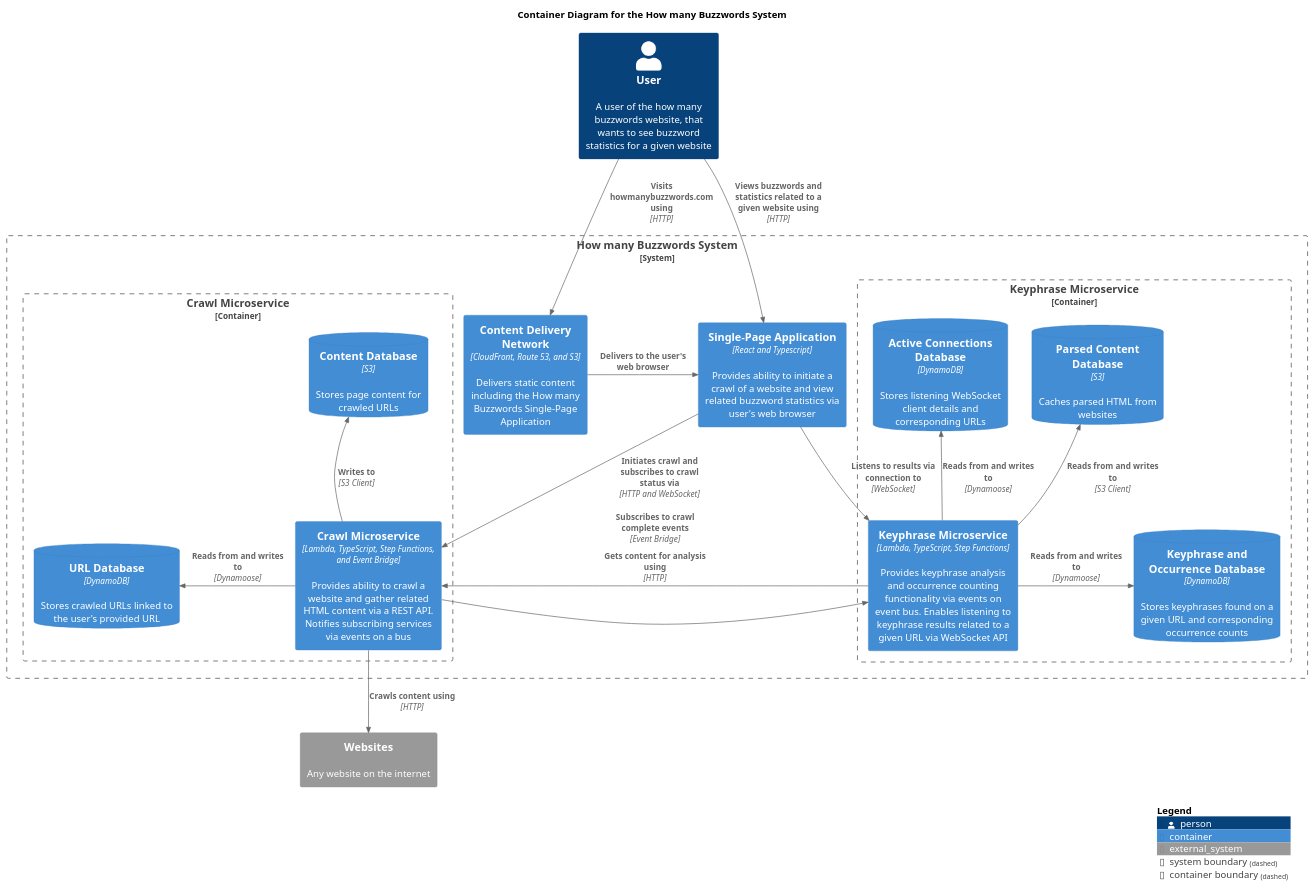
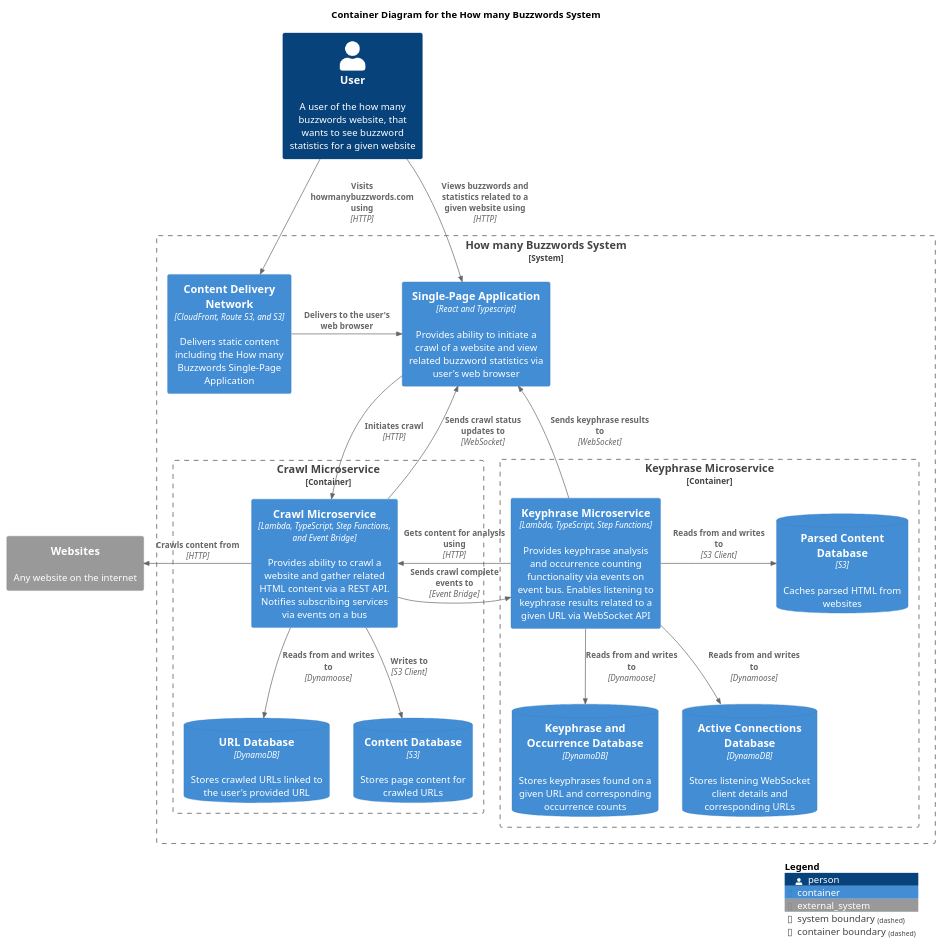
One commit to ashley-evans/how-many-buzzwords changed the diagram in docs/c4-diagrams/buzzword-c4-container.puml. Above: the diagram before and after it, drawn with PlantUML. The commit also changed 1 other file, not shown here.

```diff
--- a/docs/c4-diagrams/buzzword-c4-container.puml
+++ b/docs/c4-diagrams/buzzword-c4-container.puml
@@ -1,48 +1,49 @@
 @startuml Buzzword C4 Container Diagram
 
 !include https://raw.githubusercontent.com/plantuml-stdlib/C4-PlantUML/master/C4_Container.puml
 
 title Container Diagram for the How many Buzzwords System
 
 Person(user, "User", "A user of the how many buzzwords website, that wants to see buzzword statistics for a given website")
 System_Boundary(buzzword_system, "How many Buzzwords System") {
     Container(content_delivery_network, "Content Delivery Network", "CloudFront, Route 53, and S3", $descr="Delivers static content including the How many Buzzwords Single-Page Application")
     Container(single_page_application, "Single-Page Application", "React and Typescript", $descr="Provides ability to initiate a crawl of a website and view related buzzword statistics via user's web browser")
 
     Container_Boundary(crawl_microservice_boundary, "Crawl Microservice") {
         Container(crawl_microservice, "Crawl Microservice", "Lambda, TypeScript, Step Functions, and Event Bridge", $descr="Provides ability to crawl a website and gather related HTML content via a REST API. Notifies subscribing services via events on a bus")
         ContainerDb(crawl_url_db, "URL Database", "DynamoDB", $descr="Stores crawled URLs linked to the user's provided URL")
         ContainerDb(crawl_content_db, "Content Database", "S3", $descr="Stores page content for crawled URLs")
     }
 
     Container_Boundary(keyphrase_microservice_boundary, "Keyphrase Microservice") {
         Container(keyphrase_microservice, "Keyphrase Microservice", "Lambda, TypeScript, Step Functions", "Provides keyphrase analysis and occurrence counting functionality via events on event bus. Enables listening to keyphrase results related to a given URL via WebSocket API")
         ContainerDb(keyphrase_db, "Keyphrase and Occurrence Database", "DynamoDB", "Stores keyphrases found on a given URL and corresponding occurrence counts")
         ContainerDb(active_connections_db, "Active Connections Database", "DynamoDB", "Stores listening WebSocket client details and corresponding URLs")
         ContainerDb(parsed_content_db, "Parsed Content Database", "S3", "Caches parsed HTML from websites")
     }
 }
 
 System_Ext(websites, "Websites", "Any website on the internet")
 
 Rel(user, content_delivery_network, "Visits howmanybuzzwords.com using", "HTTP")
 Rel(user, single_page_application, "Views buzzwords and statistics related to a given website using", "HTTP")
 
 Rel_R(content_delivery_network, single_page_application, "Delivers to the user's web browser")
 
-Rel(single_page_application, crawl_microservice, "Initiates crawl and subscribes to crawl status via", "HTTP and WebSocket")
-Rel(single_page_application, keyphrase_microservice, "Listens to results via connection to", "WebSocket")
+Rel(single_page_application, crawl_microservice, "Initiates crawl", "HTTP")
+Rel_U(crawl_microservice, single_page_application, "Sends crawl status updates to", "WebSocket")
+Rel_U(keyphrase_microservice, single_page_application, "Sends keyphrase results to", "WebSocket")
 
-Rel_L(crawl_microservice, crawl_url_db, "Reads from and writes to", "Dynamoose")
-Rel_U(crawl_microservice, crawl_content_db, "Writes to", "S3 Client")
-Rel(crawl_microservice, websites, "Crawls content using", "HTTP")
+Rel(crawl_microservice, crawl_url_db, "Reads from and writes to", "Dynamoose")
+Rel(crawl_microservice, crawl_content_db, "Writes to", "S3 Client")
+Rel_L(crawl_microservice, websites, "Crawls content from", "HTTP")
 
-Rel_R(keyphrase_microservice, keyphrase_db, "Reads from and writes to", "Dynamoose")
-Rel_U(keyphrase_microservice, active_connections_db, "Reads from and writes to", "Dynamoose")
-Rel_U(keyphrase_microservice, parsed_content_db, "Reads from and writes to", "S3 Client")
-Rel_R(crawl_microservice, keyphrase_microservice, "Subscribes to crawl complete events", "Event Bridge")
-Rel_L(keyphrase_microservice, crawl_microservice, "Gets content for analysis using", "HTTP")
+Rel(keyphrase_microservice, keyphrase_db, "Reads from and writes to", "Dynamoose")
+Rel(keyphrase_microservice, active_connections_db, "Reads from and writes to", "Dynamoose")
+Rel_R(keyphrase_microservice, parsed_content_db, "Reads from and writes to", "S3 Client")
+Rel(crawl_microservice, keyphrase_microservice, "Sends crawl complete events to", "Event Bridge")
+Rel(keyphrase_microservice, crawl_microservice, "Gets content for analysis using", "HTTP")
 
 SHOW_LEGEND()
 
 @enduml
```
